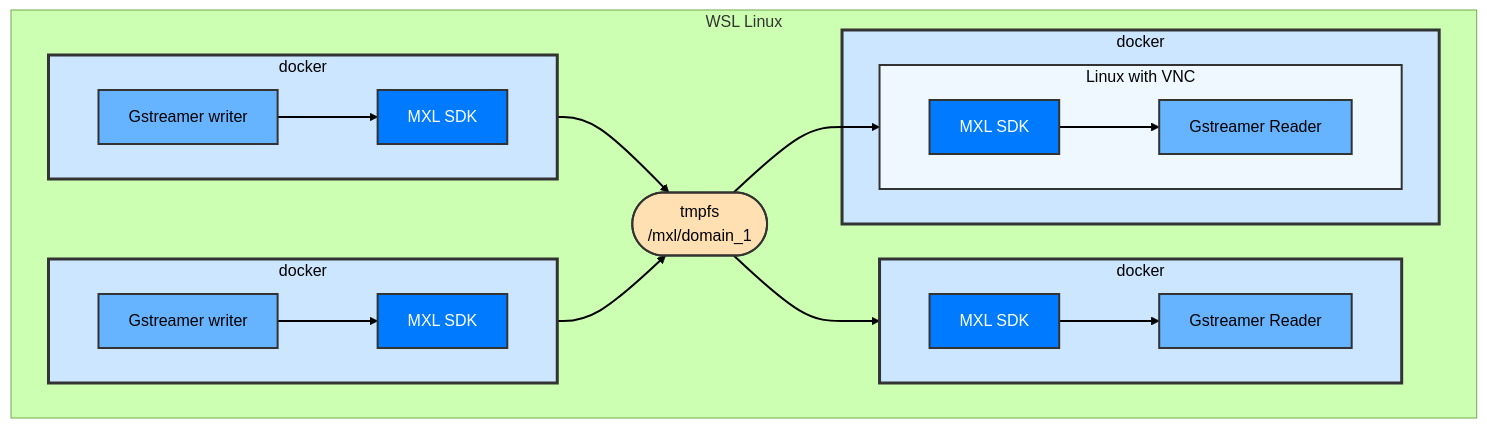
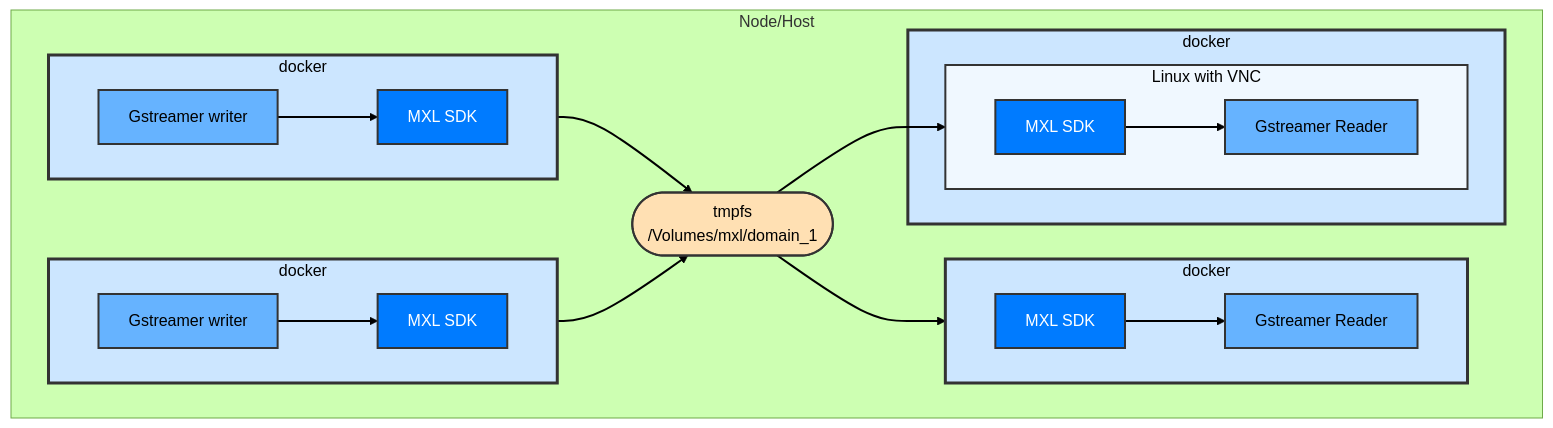
The diagram in Exercises/Exercise3.md (cbcrc/mxl-hands-on), drawn with Mermaid (forest theme) before and after one commit. The commit also changed other lines of this file and 8 other files, not shown here.

````diff
--- a/Exercises/Exercise3.md
+++ b/Exercises/Exercise3.md
@@ -7,59 +7,59 @@
 ```mermaid
    graph
       direction LR
-         subgraph WSL Linux
+         subgraph Node/Host
             subgraph docker_writer_1 [docker]
                   direction LR
                   gstreamer_writer_1[Gstreamer writer]
                   mxl_sdk_writer_1[MXL SDK]
                   gstreamer_writer_1 --> mxl_sdk_writer_1
             end
              
              subgraph docker_writer_2 [docker]
                   direction LR
                   gstreamer_writer_2[Gstreamer writer]
                   mxl_sdk_writer_2[MXL SDK]
                   gstreamer_writer_2 --> mxl_sdk_writer_2
             end
 
             subgraph docker_reader_1 [docker]
                   direction LR
                   gstreamer_reader_1[Gstreamer Reader]
                   mxl_sdk_reader_1[MXL SDK]
                   mxl_sdk_reader_1 --> gstreamer_reader_1
             end
 
             subgraph docker_reader_2 [docker]
                subgraph Linux_VNC [Linux with VNC]
                   direction LR
                   gstreamer_reader_2[Gstreamer Reader]
                   mxl_sdk_reader_2[MXL SDK]
                   mxl_sdk_reader_2 --> gstreamer_reader_2
                end           
             end
 
-            tmpfs([tmpfs<br>/mxl/domain_1])
+            tmpfs([tmpfs<br>/Volumes/mxl/domain_1])
 
             mxl_sdk_writer_1 --> tmpfs
             mxl_sdk_writer_2 --> tmpfs
             tmpfs --> mxl_sdk_reader_1
             tmpfs --> mxl_sdk_reader_2
          end
 
          %% Styling
          linkStyle default stroke:black,stroke-width:2px
          style docker_writer_1 fill:#cce6ff,color:black,stroke:#333,stroke-width:3px
          style docker_writer_2 fill:#cce6ff,color:black,stroke:#333,stroke-width:3px
          style docker_reader_1 fill:#cce6ff,color:black,stroke:#333,stroke-width:3px
          style docker_reader_2 fill:#cce6ff,color:black,stroke:#333,stroke-width:3px
          style gstreamer_writer_1 fill:#66b3ff,color:black,stroke:#333,stroke-width:2px
          style gstreamer_writer_2 fill:#66b3ff,color:black,stroke:#333,stroke-width:2px
          style gstreamer_reader_1 fill:#66b3ff,color:black,stroke:#333,stroke-width:2px
          style gstreamer_reader_2 fill:#66b3ff,color:black,stroke:#333,stroke-width:2px
          style mxl_sdk_writer_1 fill:#007bff,color:white,stroke:#333,stroke-width:2px
          style mxl_sdk_writer_2 fill:#007bff,color:white,stroke:#333,stroke-width:2px
          style mxl_sdk_reader_1 fill:#007bff,color:white,stroke:#333,stroke-width:2px
          style mxl_sdk_reader_2 fill:#007bff,color:white,stroke:#333,stroke-width:2px
          style Linux_VNC fill:#f0f8ff,stroke:#333,stroke-width:2px,color:black
          style tmpfs fill:#ffe0b3,color:black,stroke:#333,stroke-width:2px
 ```
````
